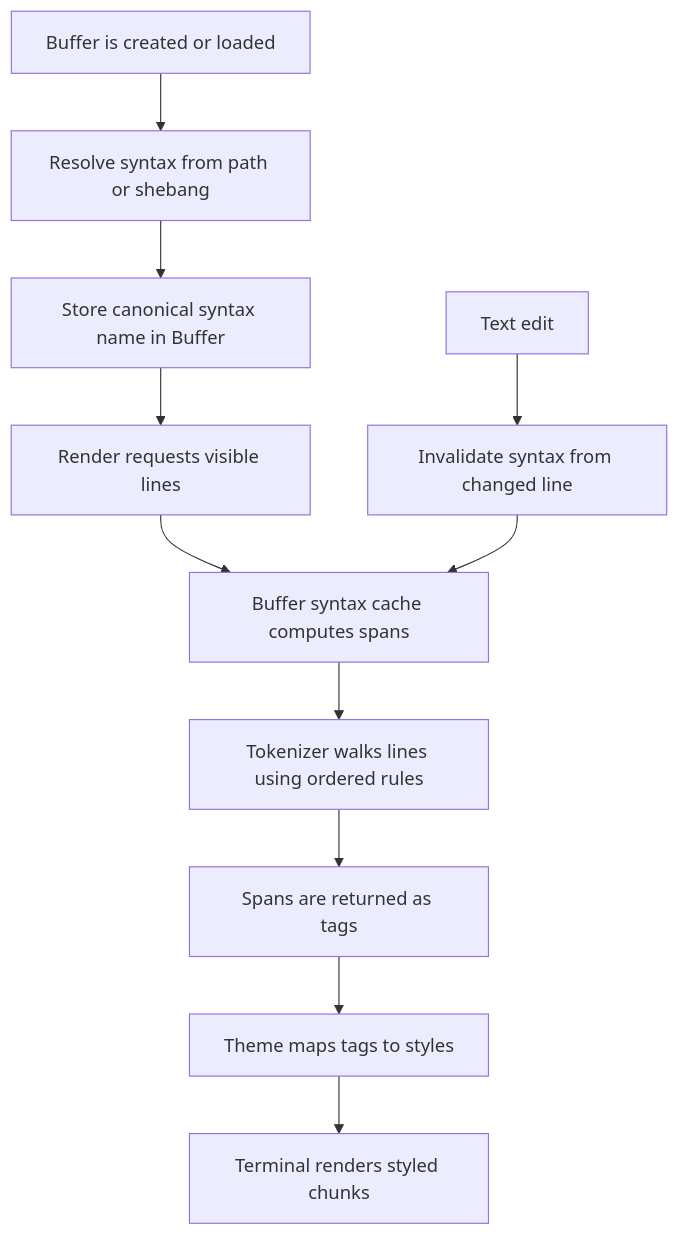
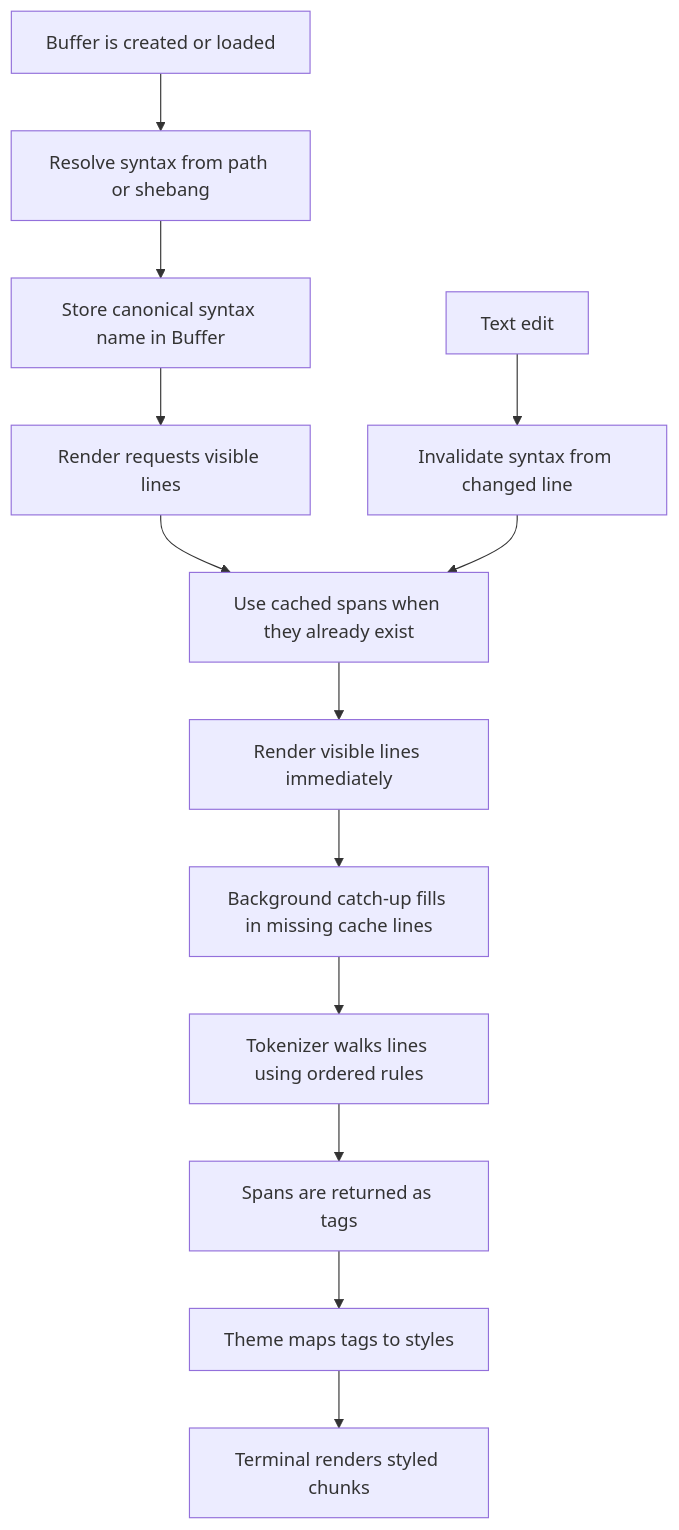
Before and after one commit to ursuscamp/urvim: the diagram in docs/syntax/highlighting.md, drawn with Mermaid. The commit also changed other lines of this file and 23 other files, not shown here.

````diff
--- a/docs/syntax/highlighting.md
+++ b/docs/syntax/highlighting.md
@@ -46,13 +49,15 @@
 ```mermaid
 flowchart TD
     A["Buffer is created or loaded"] --> B["Resolve syntax from path or shebang"]
     B --> C["Store canonical syntax name in Buffer"]
     C --> D["Render requests visible lines"]
-    D --> E["Buffer syntax cache computes spans"]
-    E --> F["Tokenizer walks lines using ordered rules"]
-    F --> G["Spans are returned as tags"]
-    G --> H["Theme maps tags to styles"]
-    H --> I["Terminal renders styled chunks"]
-    J["Text edit"] --> K["Invalidate syntax from changed line"]
-    K --> E
+    D --> E["Use cached spans when they already exist"]
+    E --> F["Render visible lines immediately"]
+    F --> G["Background catch-up fills in missing cache lines"]
+    G --> H["Tokenizer walks lines using ordered rules"]
+    H --> I["Spans are returned as tags"]
+    I --> J["Theme maps tags to styles"]
+    J --> K["Terminal renders styled chunks"]
+    L["Text edit"] --> M["Invalidate syntax from changed line"]
+    M --> E
 ```
````
